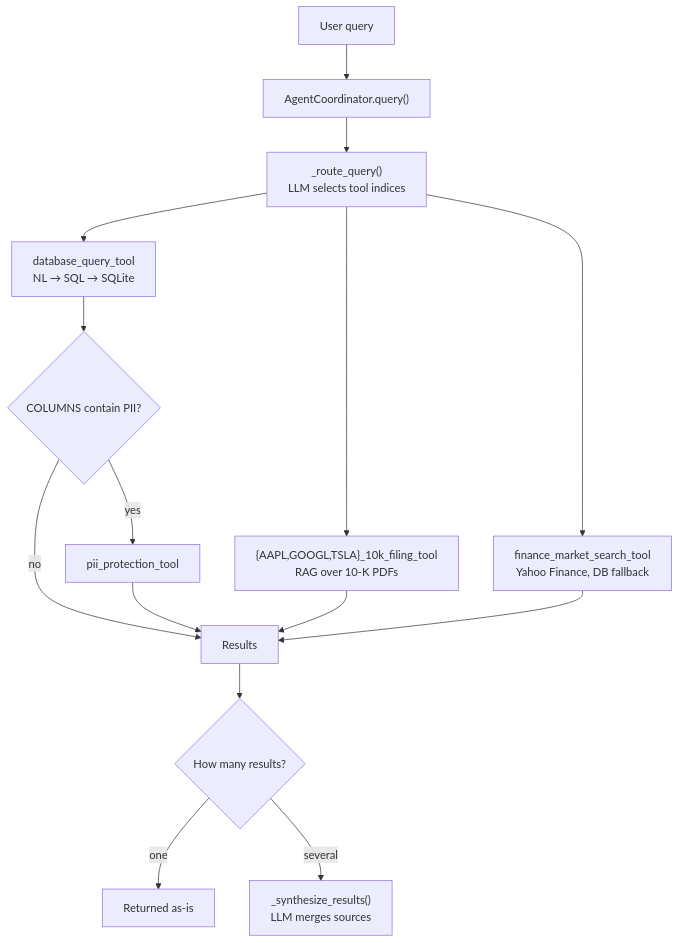
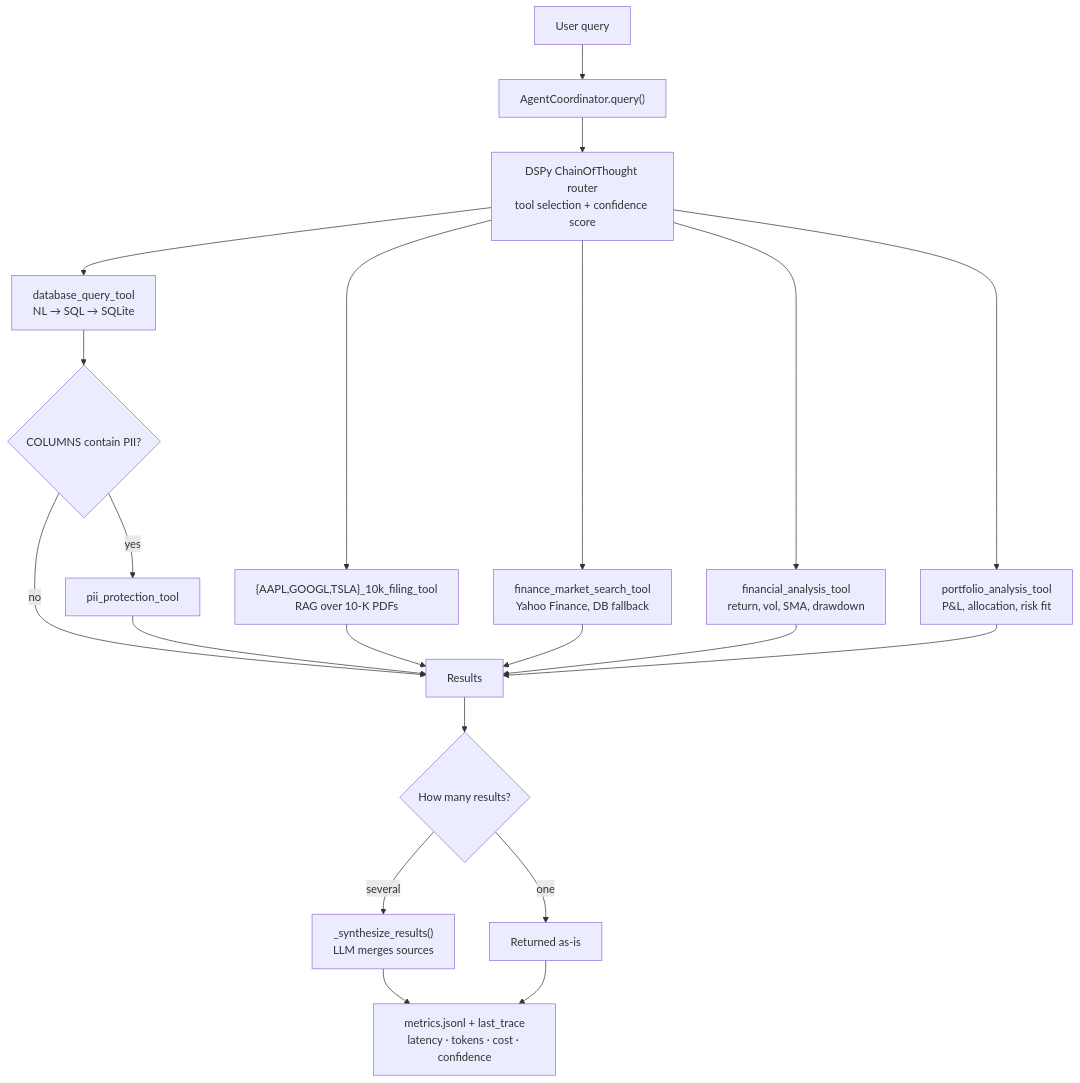
One commit to ConfoundingVariables/udacity-agentic-ai-for-finance-course-projects changed the first of 2 diagrams in course-3/README.md. Above: the diagram before and after it, drawn with Mermaid. The commit also changed other lines of this file and 9 other files, not shown here.

First line of the commit message:
feat(course-3): extras - config, provider fallback, DSPy router, monitoring, analysis tools

````diff
--- a/course-3/README.md
+++ b/course-3/README.md
@@ -9,17 +9,23 @@
 ```mermaid
 flowchart TD
     U["User query"] --> Q["AgentCoordinator.query()"]
-    Q --> R["_route_query()<br/>LLM selects tool indices"]
+    Q --> R["DSPy ChainOfThought router<br/>tool selection + confidence score"]
     R --> D["{AAPL,GOOGL,TSLA}_10k_filing_tool<br/>RAG over 10-K PDFs"]
     R --> DB["database_query_tool<br/>NL → SQL → SQLite"]
     R --> M["finance_market_search_tool<br/>Yahoo Finance, DB fallback"]
+    R --> FA["financial_analysis_tool<br/>return, vol, SMA, drawdown"]
+    R --> PA["portfolio_analysis_tool<br/>P&L, allocation, risk fit"]
     DB --> P{"COLUMNS contain PII?"}
     P -->|yes| PII["pii_protection_tool"]
     P -->|no| A["Results"]
     PII --> A
     D --> A
     M --> A
+    FA --> A
+    PA --> A
     A --> S{"How many results?"}
     S -->|one| OUT["Returned as-is"]
     S -->|several| SYN["_synthesize_results()<br/>LLM merges sources"]
+    SYN --> MON["metrics.jsonl + last_trace<br/>latency · tokens · cost · confidence"]
+    OUT --> MON
 ```
````
